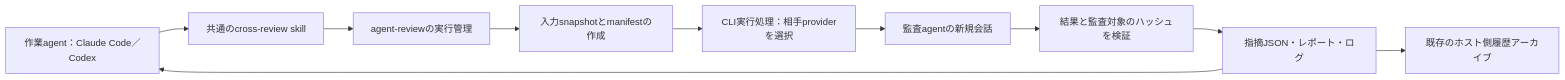
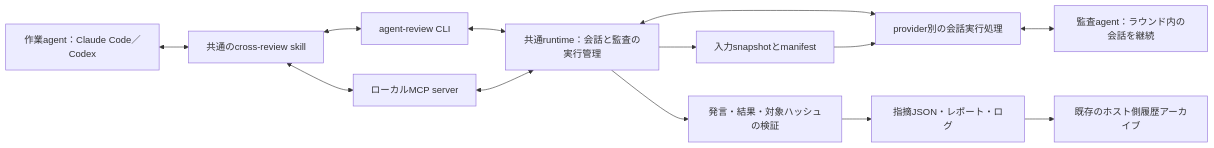
Before and after one commit to Lzh-Function/my-env: the first of 2 diagrams in one-node-slurm-agents-capsule/docs/CROSS_AGENT_REVIEW_DESIGN.md, drawn with Mermaid. The commit also changed other lines of this file, not shown here.

Commit message:
Design interactive cross-agent reviews with CLI and MCP interfaces

````diff
--- a/one-node-slurm-agents-capsule/docs/CROSS_AGENT_REVIEW_DESIGN.md
+++ b/one-node-slurm-agents-capsule/docs/CROSS_AGENT_REVIEW_DESIGN.md
@@ -24,12 +28,15 @@
 ```mermaid
 flowchart LR
-    W["作業agent：Claude Code／Codex"] --> S["共通のcross-review skill"]
-    S --> R["agent-reviewの実行管理"]
-    R --> I["入力snapshotとmanifestの作成"]
-    I --> A["CLI実行処理：相手providerを選択"]
-    A --> P["監査agentの新規会話"]
-    P --> V["結果と監査対象のハッシュを検証"]
+    W["作業agent：Claude Code／Codex"] <--> S["共通のcross-review skill"]
+    S <--> C["agent-review CLI"]
+    S <--> M["ローカルMCP server"]
+    C <--> R["共通runtime：会話と監査の実行管理"]
+    M <--> R
+    R --> I["入力snapshotとmanifest"]
+    R <--> A["provider別の会話実行処理"]
+    I --> A
+    A <--> P["監査agent：ラウンド内の会話を継続"]
+    R --> V["発言・結果・対象ハッシュの検証"]
     V --> O["指摘JSON・レポート・ログ"]
-    O --> W
     O --> H["既存のホスト側履歴アーカイブ"]
 ```
````
